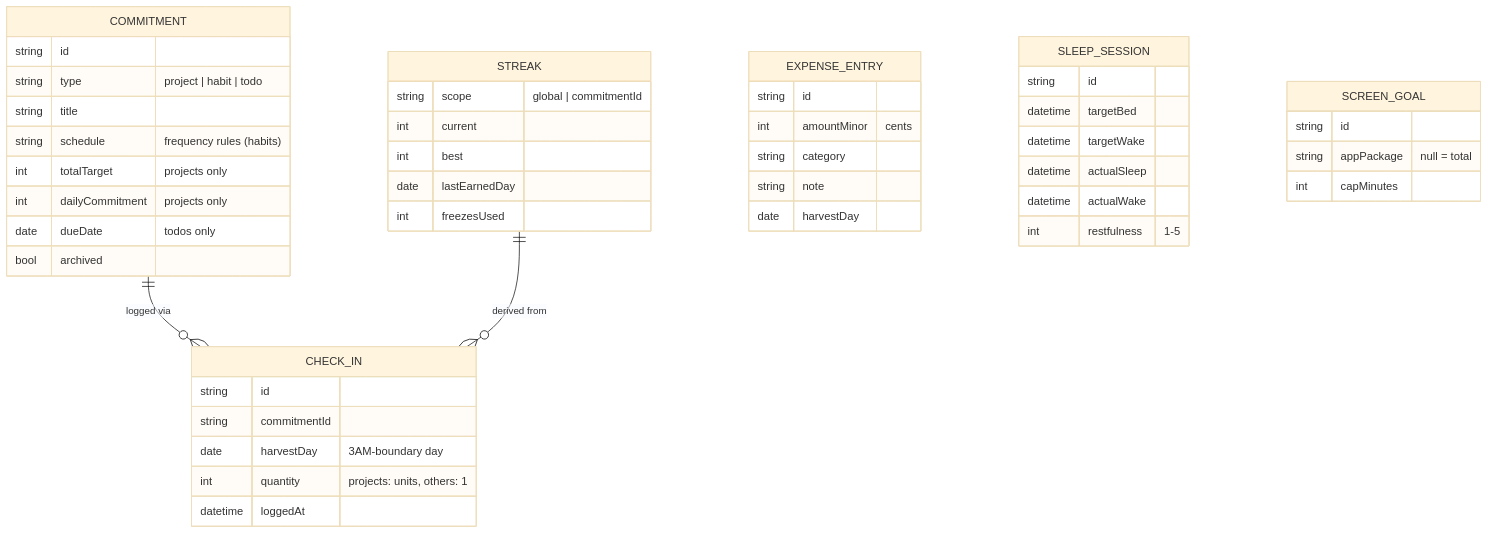
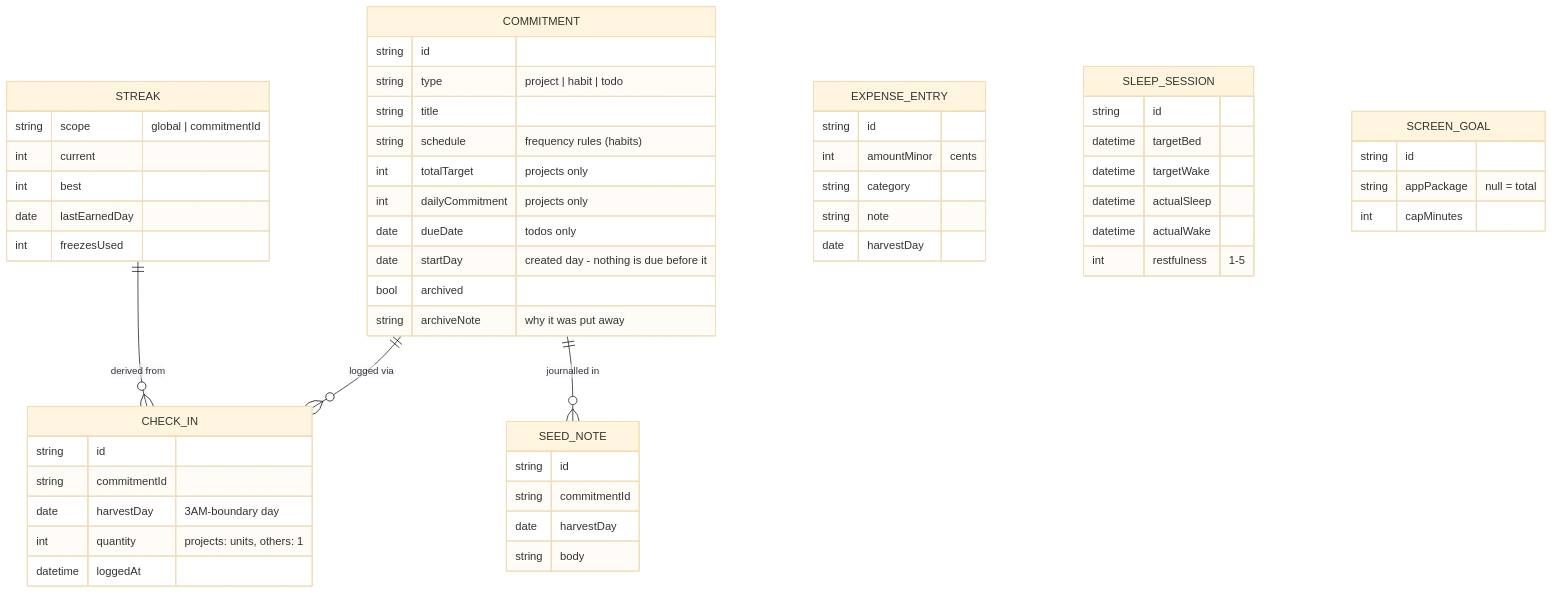
One commit to ABakdi/Harvest changed the diagram in docs/01-Specification/Core-Entities.md. Above: the diagram before and after it, drawn with Mermaid (base theme). The commit also changed other lines of this file and 13 other files, not shown here.

````diff
--- a/docs/01-Specification/Core-Entities.md
+++ b/docs/01-Specification/Core-Entities.md
@@ -5,49 +5,58 @@
 ```mermaid
 erDiagram
     COMMITMENT ||--o{ CHECK_IN : "logged via"
     COMMITMENT {
         string id
         string type "project | habit | todo"
         string title
         string schedule "frequency rules (habits)"
         int totalTarget "projects only"
         int dailyCommitment "projects only"
         date dueDate "todos only"
+        date startDay "created day - nothing is due before it"
         bool archived
+        string archiveNote "why it was put away"
+    }
+    COMMITMENT ||--o{ SEED_NOTE : "journalled in"
+    SEED_NOTE {
+        string id
+        string commitmentId
+        date harvestDay
+        string body
     }
     CHECK_IN {
         string id
         string commitmentId
         date harvestDay "3AM-boundary day"
         int quantity "projects: units, others: 1"
         datetime loggedAt
     }
     STREAK ||--o{ CHECK_IN : "derived from"
     STREAK {
         string scope "global | commitmentId"
         int current
         int best
         date lastEarnedDay
         int freezesUsed
     }
     EXPENSE_ENTRY {
         string id
         int amountMinor "cents"
         string category
         string note
         date harvestDay
     }
     SLEEP_SESSION {
         string id
         datetime targetBed
         datetime targetWake
         datetime actualSleep
         datetime actualWake
         int restfulness "1-5"
     }
     SCREEN_GOAL {
         string id
         string appPackage "null = total"
         int capMinutes
     }
 ```
````
